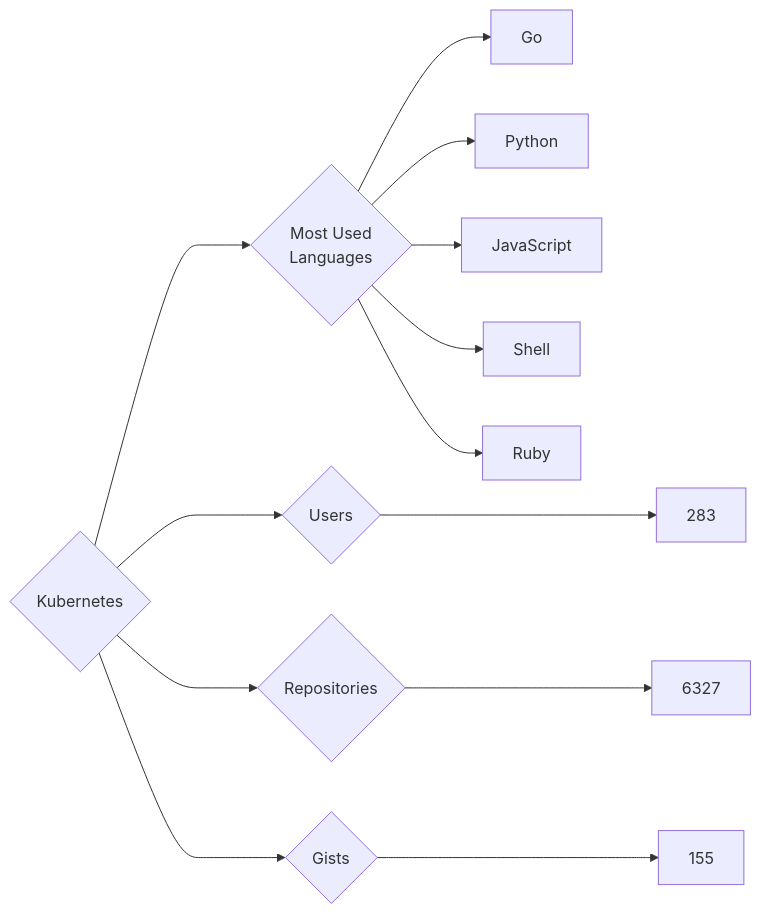
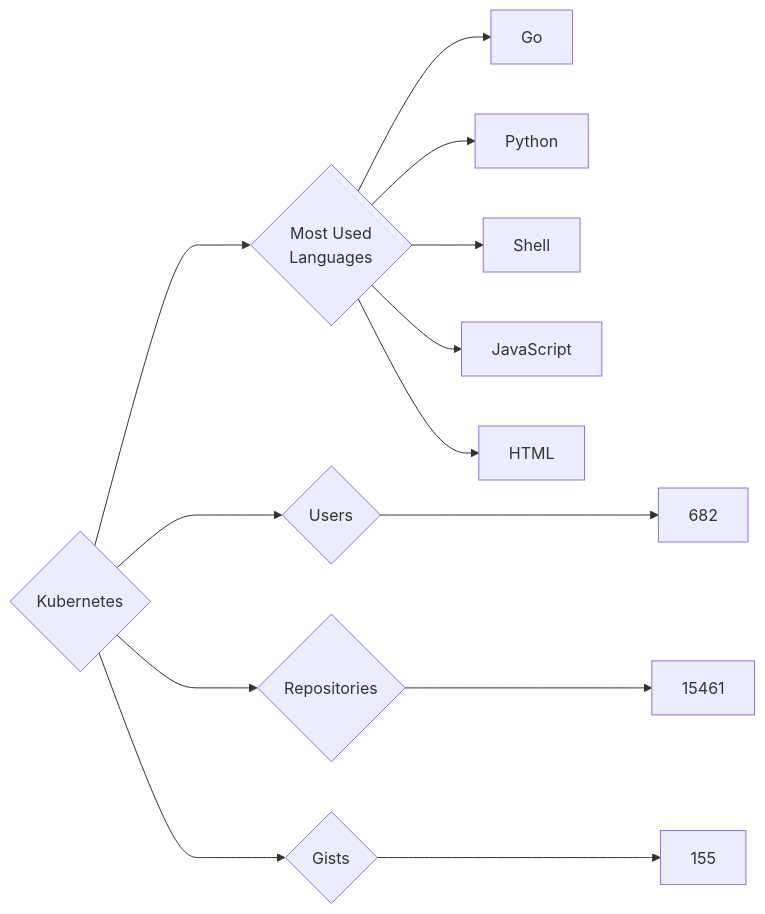
Before and after one commit to trickest/insiders: the diagram in targets/Kubernetes/README.md, drawn with Mermaid. The commit also changed 861 other files, not shown here.

````diff
--- a/targets/Kubernetes/README.md
+++ b/targets/Kubernetes/README.md
@@ -3,13 +3,13 @@
 ```mermaid
 graph LR
 COMPANY_NAME{Kubernetes}
-COMPANY_NAME ---> U{Users} ---> UN[283]
-COMPANY_NAME ---> R{Repositories} ---> RN[6327]
+COMPANY_NAME ---> U{Users} ---> UN[682]
+COMPANY_NAME ---> R{Repositories} ---> RN[15461]
 COMPANY_NAME ---> G{Gists} ---> GN[155]
 COMPANY_NAME ---> ML{Most Used<br>Languages}
 ML --> Go[Go]
 ML --> Python[Python]
+ML --> Shell[Shell]
 ML --> JavaScript[JavaScript]
-ML --> Shell[Shell]
-ML --> Ruby[Ruby]
+ML --> HTML[HTML]
 ```
````
